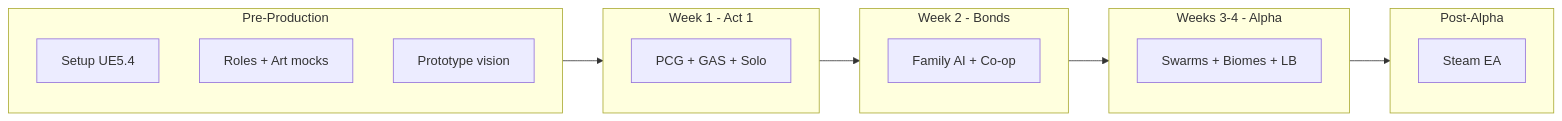
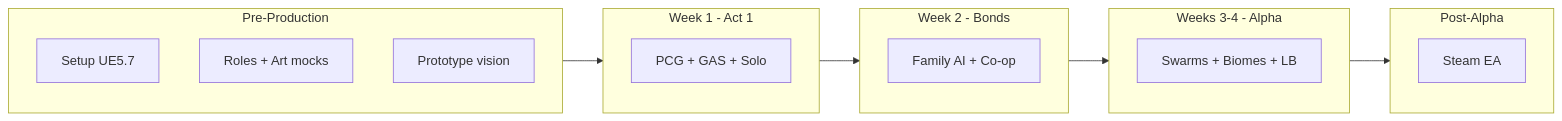
The diagram in ROADMAP.md (XylarDark/HomeWorld), drawn with Mermaid before and after one commit. The commit also changed other lines of this file and 37 other files, not shown here.

````diff
--- a/ROADMAP.md
+++ b/ROADMAP.md
@@ -20,21 +20,21 @@
 ```mermaid
 flowchart LR
   subgraph pre [Pre-Production]
-    A[Setup UE5.4]
+    A[Setup UE5.7]
     B[Roles + Art mocks]
     C[Prototype vision]
   end
   subgraph w1 [Week 1 - Act 1]
     D[PCG + GAS + Solo]
   end
   subgraph w2 [Week 2 - Bonds]
     E[Family AI + Co-op]
   end
   subgraph w34 [Weeks 3-4 - Alpha]
     F[Swarms + Biomes + LB]
   end
   subgraph post [Post-Alpha]
     G[Steam EA]
   end
   pre --> w1 --> w2 --> w34 --> post
 ```
````
